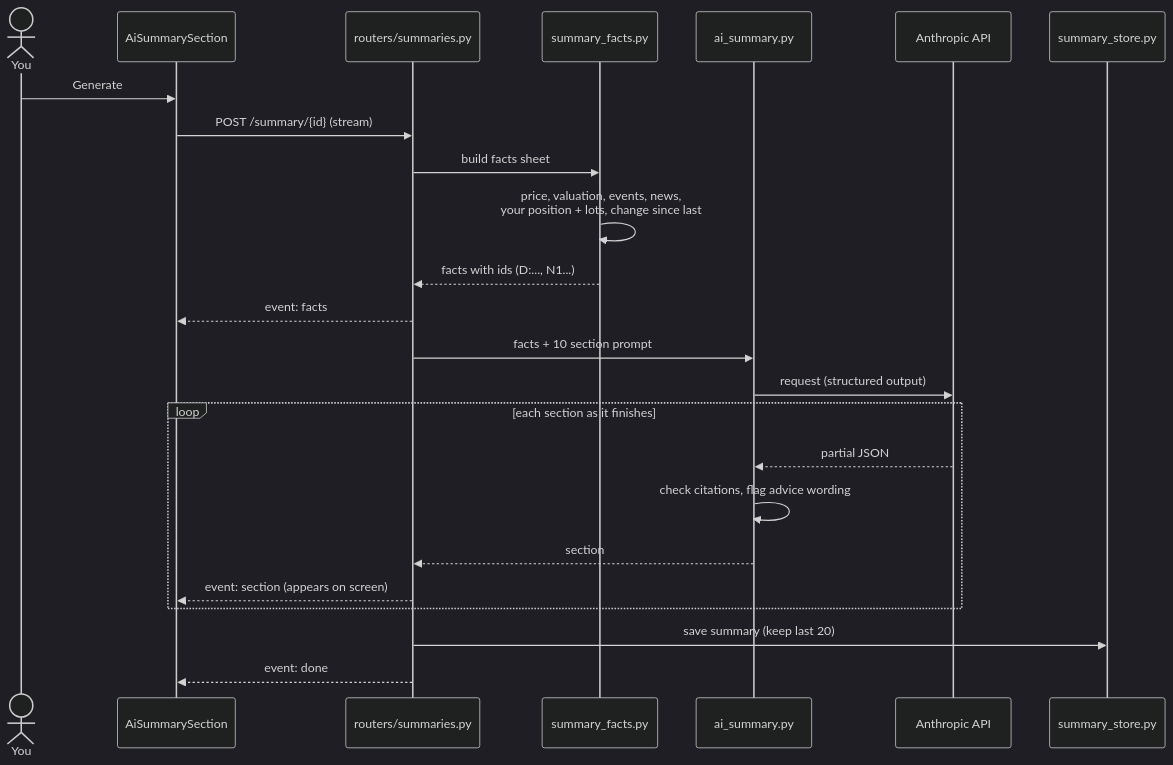
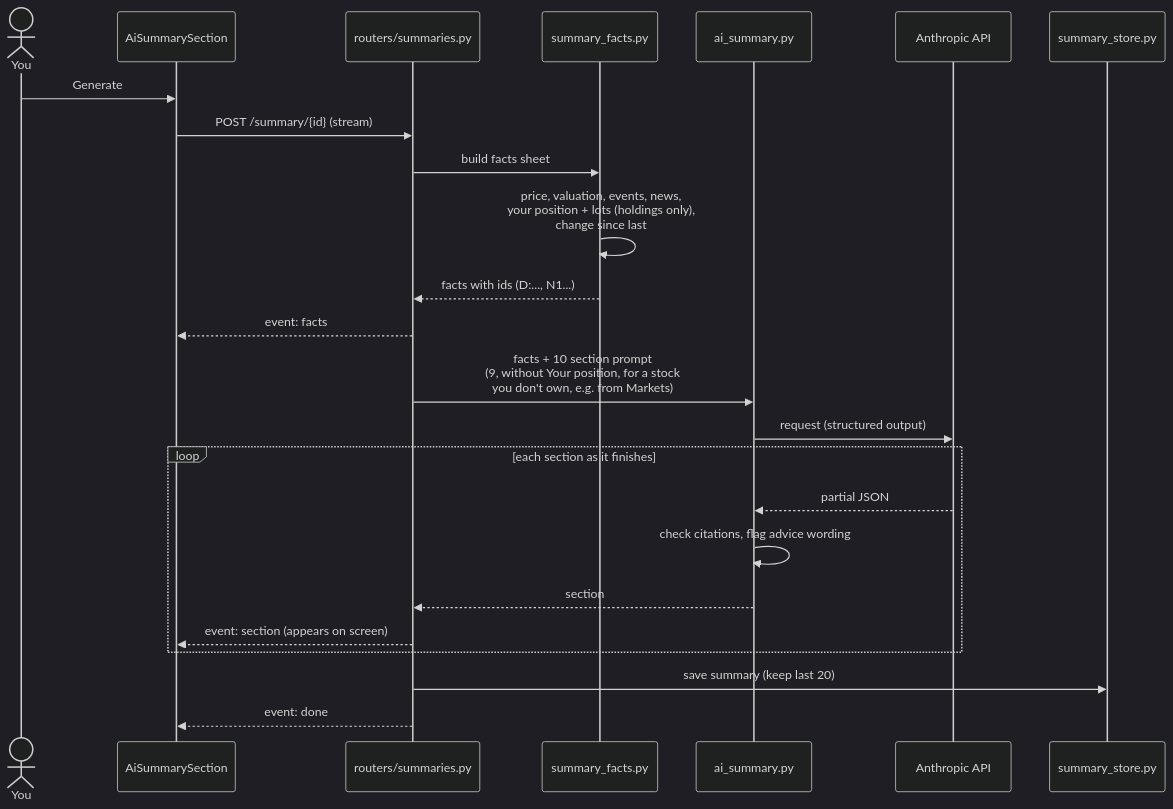
One commit to Indomie-glitch/ibkr-portfolio-manager changed the eighth of 11 diagrams in docs/architecture.md. Above: the diagram before and after it, drawn with Mermaid (dark theme). The commit also changed 11 other files, not shown here.

Commit message:
feat: AI summary for any stock from Markets, without Your position

````diff
--- a/docs/architecture.md
+++ b/docs/architecture.md
@@ -282,27 +282,27 @@
 ```mermaid
 sequenceDiagram
     actor You
     participant UI as AiSummarySection
     participant R as routers/summaries.py
     participant F as summary_facts.py
     participant AI as ai_summary.py
     participant Claude as Anthropic API
     participant S as summary_store.py
 
     You->>UI: Generate
     UI->>R: POST /summary/{id} (stream)
     R->>F: build facts sheet
-    F->>F: price, valuation, events, news,<br/>your position + lots, change since last
+    F->>F: price, valuation, events, news,<br/>your position + lots (holdings only),<br/>change since last
     F-->>R: facts with ids (D:..., N1...)
     R-->>UI: event: facts
-    R->>AI: facts + 10 section prompt
+    R->>AI: facts + 10 section prompt<br/>(9, without Your position, for a stock<br/>you don't own, e.g. from Markets)
     AI->>Claude: request (structured output)
     loop each section as it finishes
         Claude-->>AI: partial JSON
         AI->>AI: check citations, flag advice wording
         AI-->>R: section
         R-->>UI: event: section (appears on screen)
     end
     R->>S: save summary (keep last 20)
     R-->>UI: event: done
 ```
````
